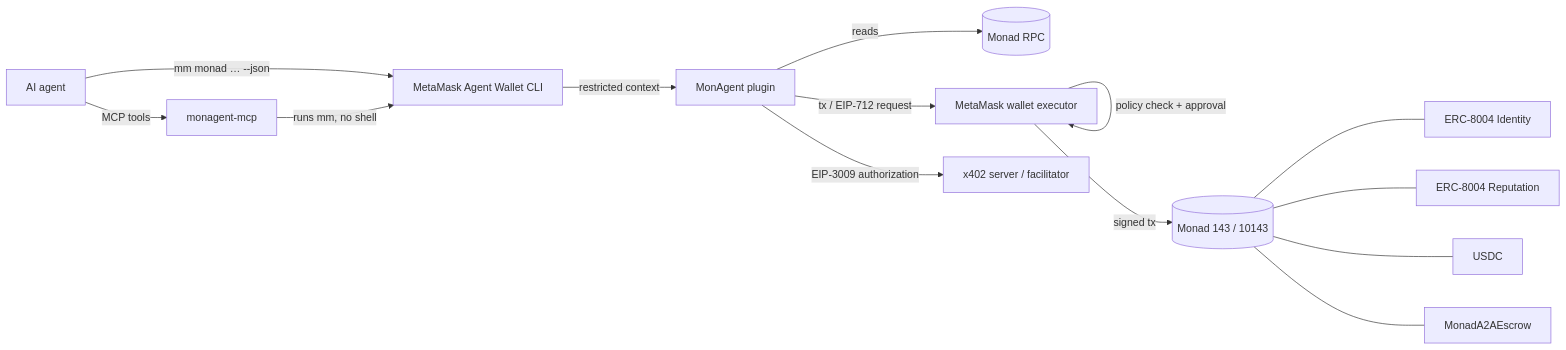
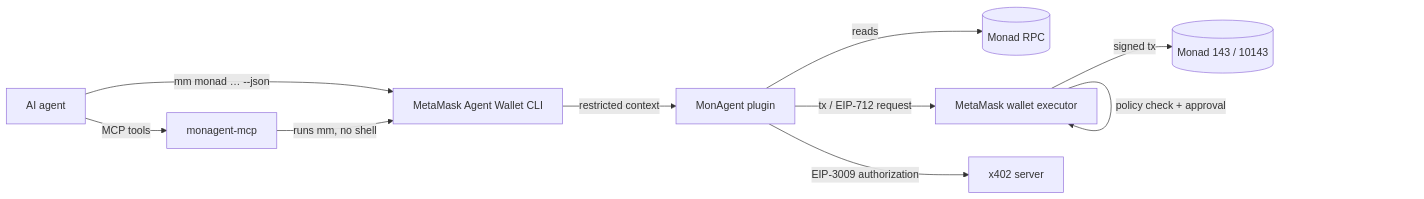
Before and after one commit to zakyirsyaad/monagent: the diagram in README.md, drawn with Mermaid. The commit also changed other lines of this file and 1 other file, not shown here.

````diff
--- a/README.md
+++ b/README.md
@@ -45,16 +92,12 @@
 ```mermaid
 flowchart LR
   A[AI agent] -->|"mm monad … --json"| H[MetaMask Agent Wallet CLI]
   A -->|MCP tools| K[monagent-mcp]
   K -->|"runs mm, no shell"| H
   H -->|restricted context| P[MonAgent plugin]
   P -->|reads| R[(Monad RPC)]
   P -->|tx / EIP-712 request| E[MetaMask wallet executor]
   E -->|policy check + approval| E
   E -->|signed tx| M[(Monad 143 / 10143)]
-  M --- I[ERC-8004 Identity]
-  M --- Q[ERC-8004 Reputation]
-  M --- U[USDC]
-  M --- X[MonadA2AEscrow]
-  P -->|EIP-3009 authorization| S[x402 server / facilitator]
+  P -->|EIP-3009 authorization| S[x402 server]
 ```
````
